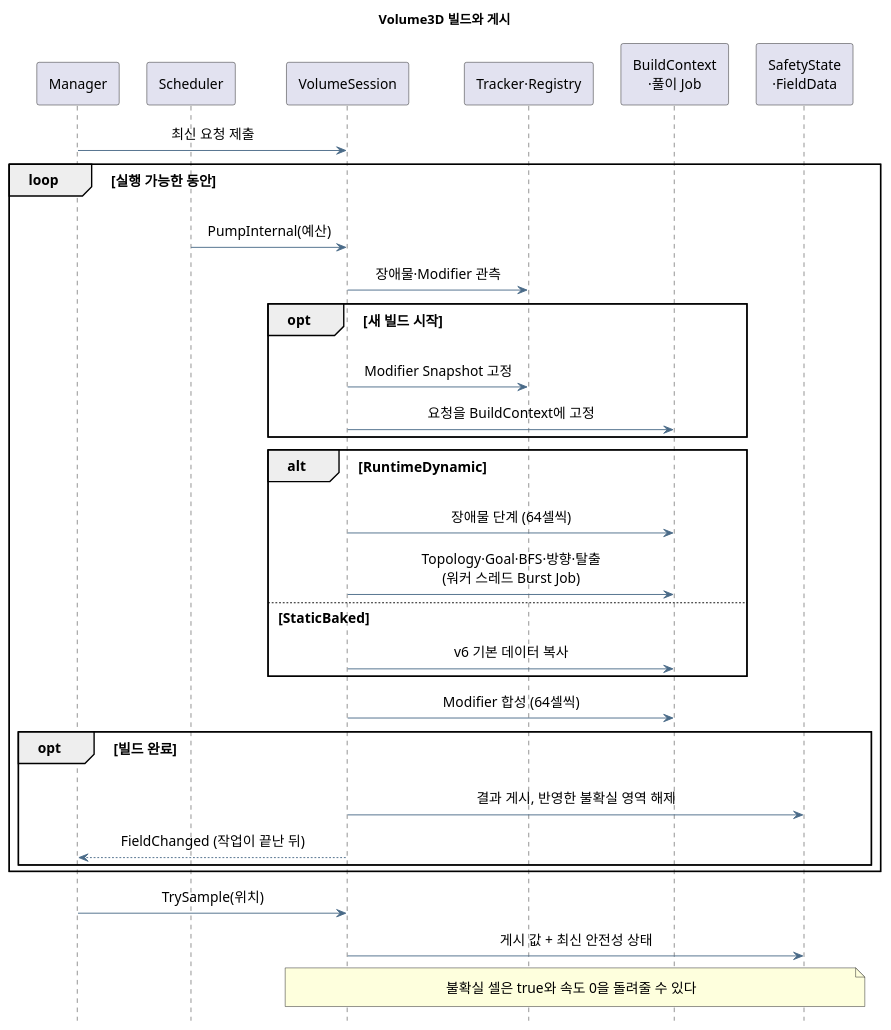
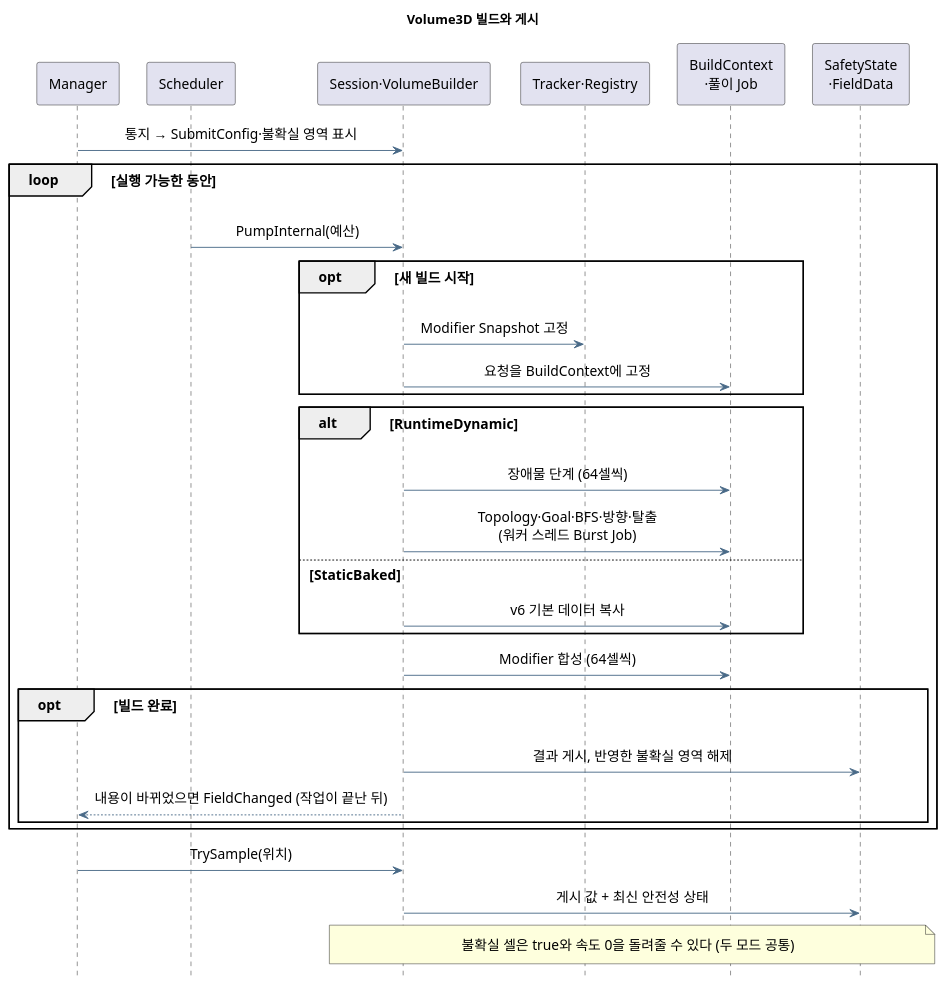
One commit to youwonsock/tool-unity-editor changed the diagram in ToyProject/Assets/_FlowField/Docs/flowfield-volume.puml. Above: the diagram before and after it, drawn with PlantUML. The commit also changed 7 other files, not shown here.

```diff
--- a/ToyProject/Assets/_FlowField/Docs/flowfield-volume.puml
+++ b/ToyProject/Assets/_FlowField/Docs/flowfield-volume.puml
@@ -1,42 +1,41 @@
 @startuml flowfield-volume
 skinparam shadowing false
 skinparam defaultFontName "Apple SD Gothic Neo"
 skinparam defaultFontSize 15
 skinparam ArrowColor #496A88
 skinparam Padding 6
 skinparam sequenceMessageAlign center
 skinparam ParticipantPadding 10
 hide footbox
 title Volume3D 빌드와 게시
 
 participant "Manager" as M
 participant "Scheduler" as Q
-participant "VolumeSession" as S
+participant "Session·VolumeBuilder" as S
 participant "Tracker·Registry" as O
 participant "BuildContext\n·풀이 Job" as B
 participant "SafetyState\n·FieldData" as P
 
-M -> S : 최신 요청 제출
+M -> S : 통지 → SubmitConfig·불확실 영역 표시
 loop 실행 가능한 동안
   Q -> S : PumpInternal(예산)
-  S -> O : 장애물·Modifier 관측
   opt 새 빌드 시작
     S -> O : Modifier Snapshot 고정
     S -> B : 요청을 BuildContext에 고정
   end
   alt RuntimeDynamic
     S -> B : 장애물 단계 (64셀씩)
     S -> B : Topology·Goal·BFS·방향·탈출\n(워커 스레드 Burst Job)
   else StaticBaked
     S -> B : v6 기본 데이터 복사
   end
   S -> B : Modifier 합성 (64셀씩)
   opt 빌드 완료
     S -> P : 결과 게시, 반영한 불확실 영역 해제
-    S --> M : FieldChanged (작업이 끝난 뒤)
+    S --> M : 내용이 바뀌었으면 FieldChanged (작업이 끝난 뒤)
   end
 end
 M -> S : TrySample(위치)
 S -> P : 게시 값 + 최신 안전성 상태
-note over S,P : 불확실 셀은 true와 속도 0을 돌려줄 수 있다
+note over S,P : 불확실 셀은 true와 속도 0을 돌려줄 수 있다 (두 모드 공통)
 @enduml
```
